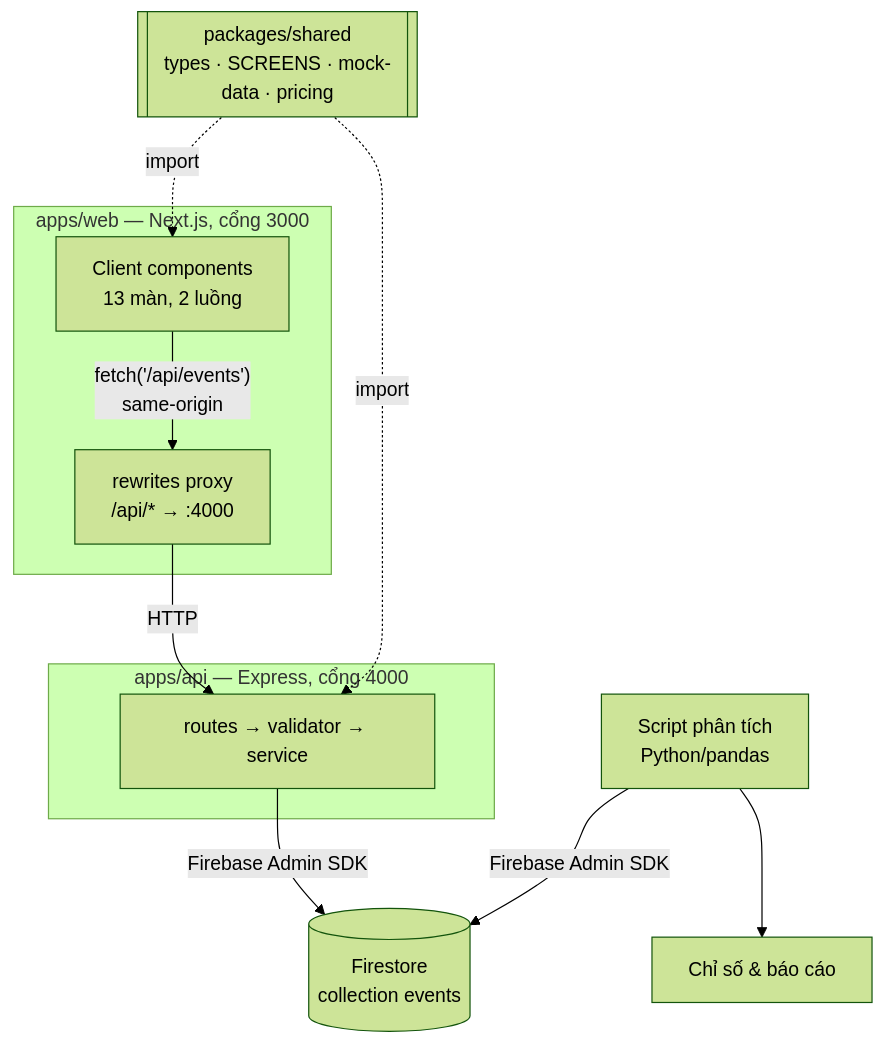
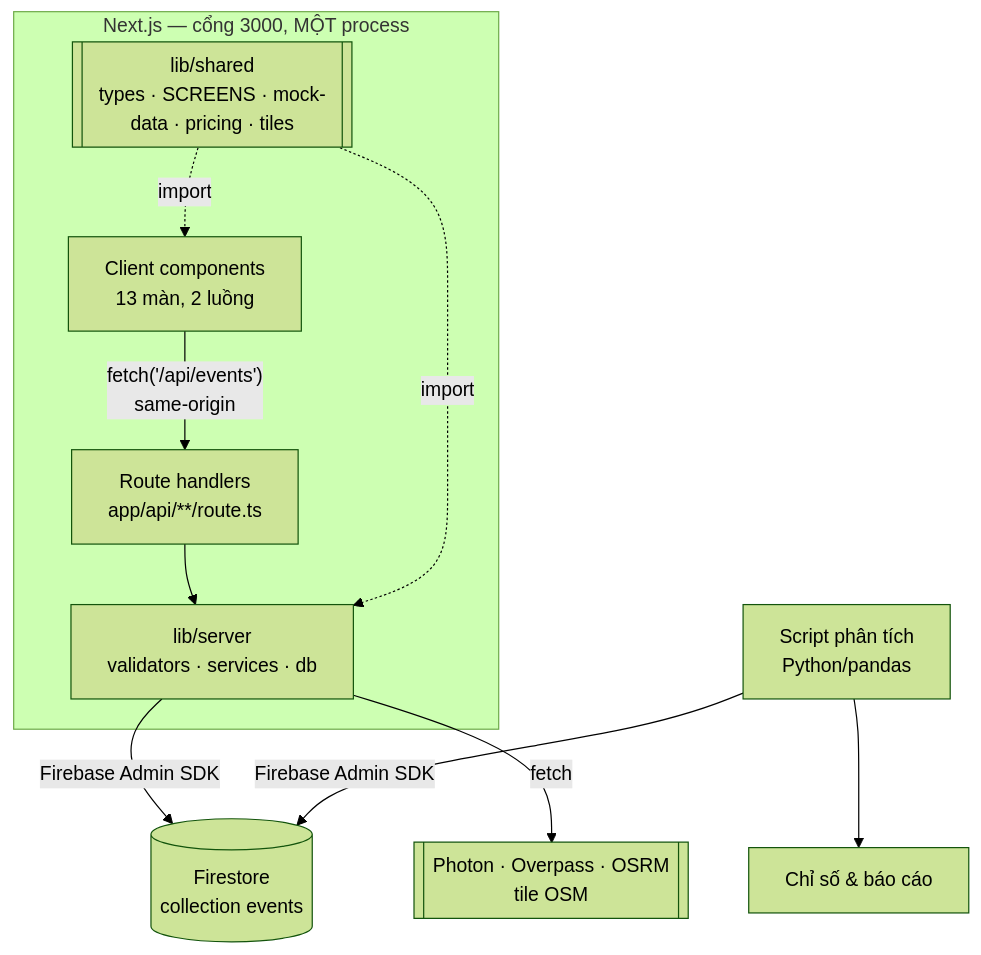
Before and after one commit to trankieuoanh/Mo-phong-web-dat-xe: the diagram in ARCHITECTURE.md, drawn with Mermaid (forest theme). The commit also changed other lines of this file and 62 other files, not shown here.

````diff
--- a/ARCHITECTURE.md
+++ b/ARCHITECTURE.md
@@ -7,20 +7,19 @@
 ```mermaid
 flowchart TD
-  subgraph web["apps/web — Next.js, cổng 3000"]
+  subgraph next["Next.js — cổng 3000, MỘT process"]
     A[Client components<br/>13 màn, 2 luồng]
-    P[rewrites proxy<br/>/api/* → :4000]
+    B["Route handlers<br/>app/api/**/route.ts"]
+    S[["lib/shared<br/>types · SCREENS · mock-data · pricing · tiles"]]
+    V["lib/server<br/>validators · services · db"]
   end
-  subgraph api["apps/api — Express, cổng 4000"]
-    B[routes → validator → service]
-  end
-  S[["packages/shared<br/>types · SCREENS · mock-data · pricing"]]
 
-  A -->|"fetch('/api/events')<br/>same-origin"| P
-  P -->|HTTP| B
-  B -->|Firebase Admin SDK| C[(Firestore<br/>collection events)]
+  A -->|"fetch('/api/events')<br/>same-origin"| B
+  B --> V
+  V -->|Firebase Admin SDK| C[(Firestore<br/>collection events)]
+  V -->|fetch| U[["Photon · Overpass · OSRM<br/>tile OSM"]]
   S -.->|import| A
-  S -.->|import| B
+  S -.->|import| V
 
   D[Script phân tích<br/>Python/pandas] -->|Firebase Admin SDK| C
   D --> E[Chỉ số & báo cáo]
 ```
````
